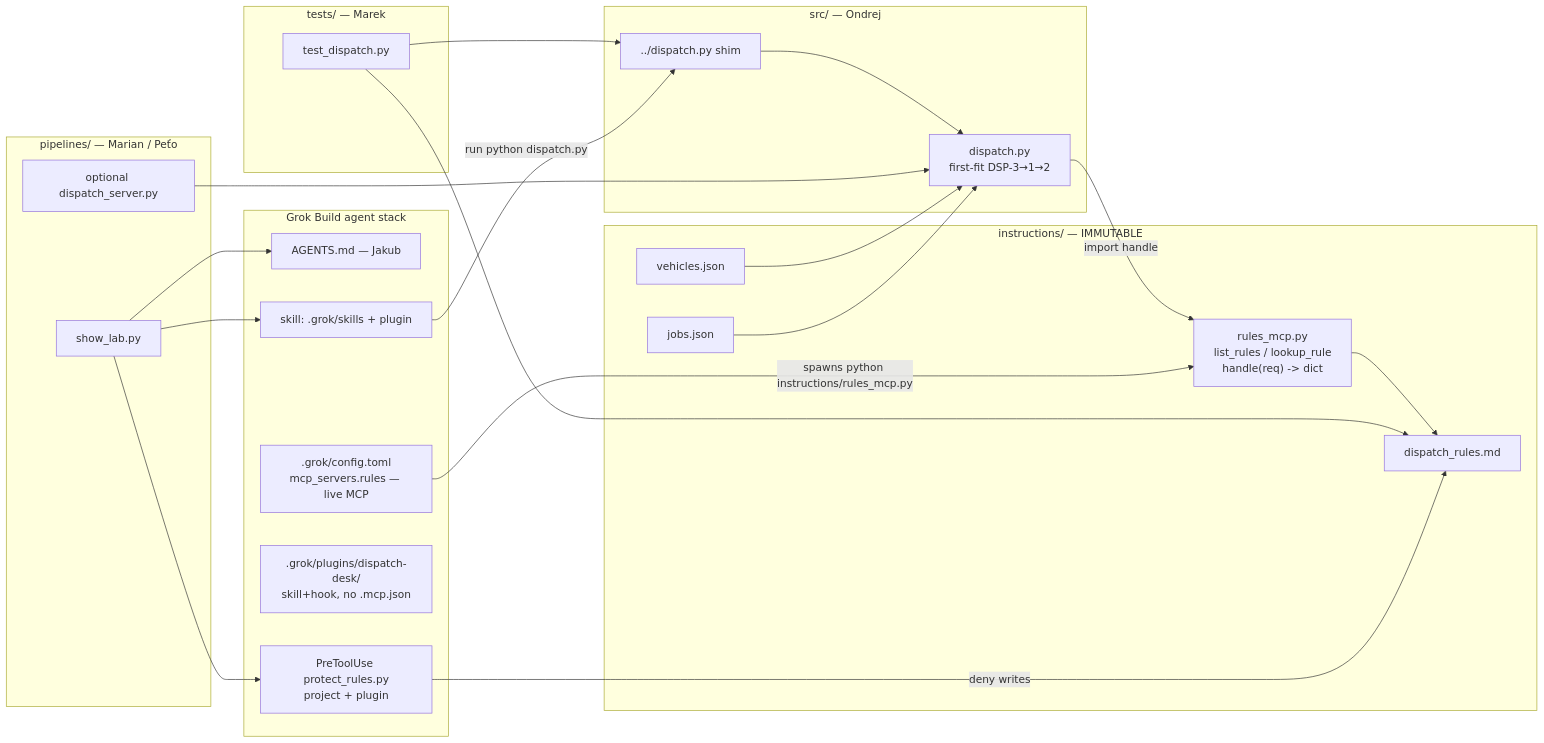
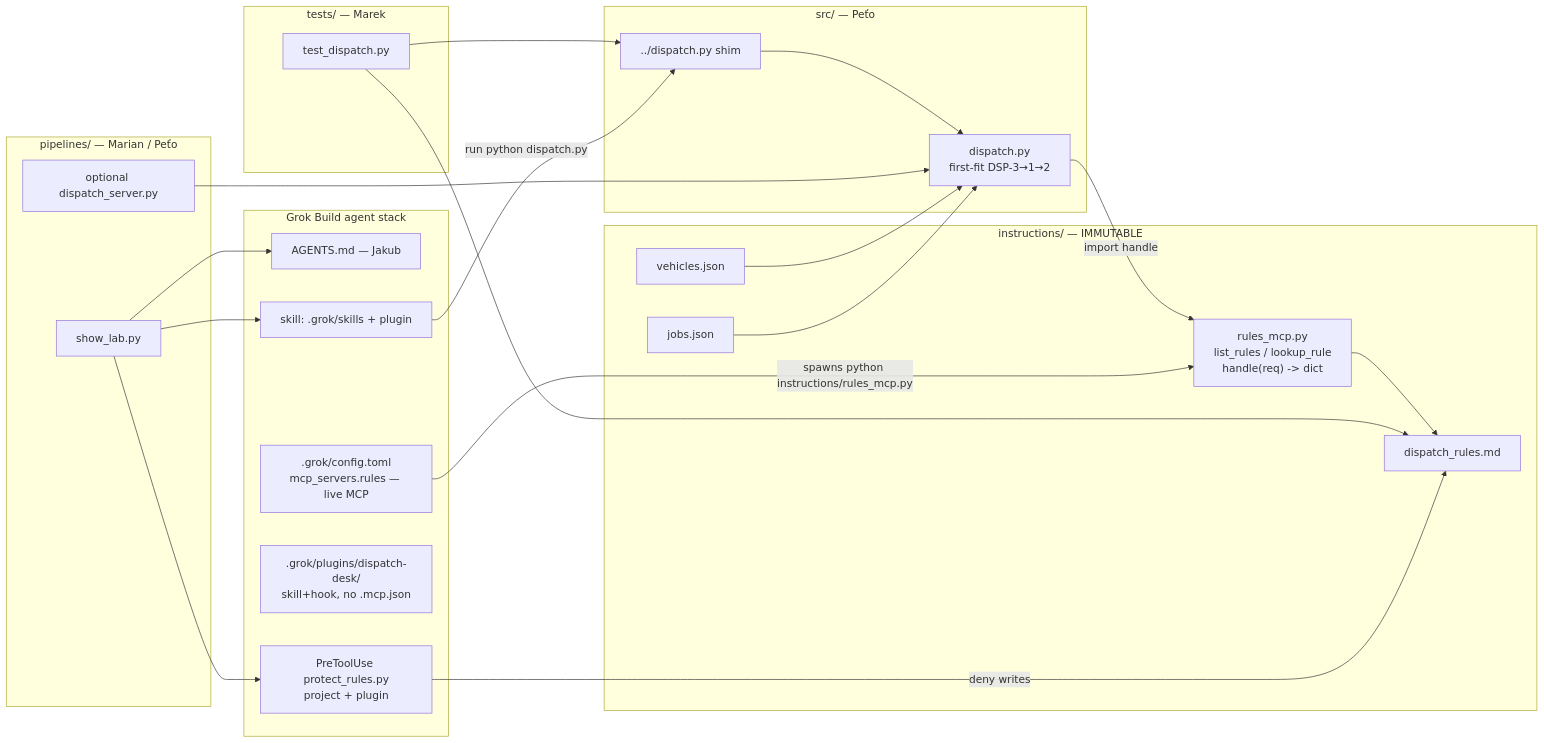
One commit to jakub-paulina-ness/Dispatch-desk changed the first of 4 diagrams in .docs/specification/architecture.md. Above: the diagram before and after it, drawn with Mermaid. The commit also changed other lines of this file and 9 other files, not shown here.

````diff
--- a/.docs/specification/architecture.md
+++ b/.docs/specification/architecture.md
@@ -279,46 +279,46 @@
 ```mermaid
 flowchart LR
   subgraph Kit["instructions/  — IMMUTABLE"]
     V["vehicles.json"]
     J["jobs.json"]
     R["dispatch_rules.md"]
     MCP["rules_mcp.py\nlist_rules / lookup_rule\nhandle(req) -> dict"]
   end
 
-  subgraph Engine["src/  — Ondrej"]
+  subgraph Engine["src/  — Peťo"]
     D["dispatch.py\nfirst-fit DSP-3→1→2"]
     SHIM["../dispatch.py shim"]
   end
 
   subgraph QA["tests/  — Marek"]
     T["test_dispatch.py"]
   end
 
   subgraph Agent["Grok Build agent stack"]
     AG["AGENTS.md — Jakub"]
     SK["skill: .grok/skills + plugin"]
     HK["PreToolUse protect_rules.py\nproject + plugin"]
     PL[".grok/plugins/dispatch-desk/\nskill+hook, no .mcp.json"]
     CFG[".grok/config.toml\nmcp_servers.rules — live MCP"]
   end
 
   subgraph Demo["pipelines/  — Marian / Peťo"]
     SL["show_lab.py"]
     OPT["optional dispatch_server.py"]
   end
 
   V --> D
   J --> D
   D -->|"import handle"| MCP
   MCP --> R
   SHIM --> D
   T --> SHIM
   T --> R
   CFG -->|"spawns python instructions/rules_mcp.py"| MCP
   SK -->|"run python dispatch.py"| SHIM
   HK -->|"deny writes"| R
   SL --> AG
   SL --> SK
   SL --> HK
   OPT --> D
 ```
````
